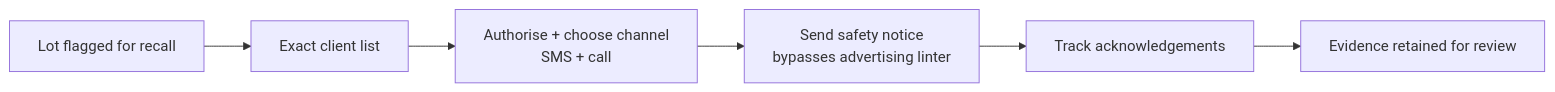
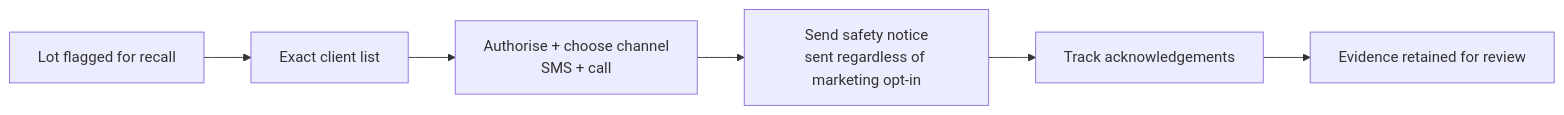
One commit to danpowell88/tlapoc changed the second of 4 diagrams in docs/overviews/07-governance-compliance.md. Above: the diagram before and after it, drawn with Mermaid. The commit also changed 11 other files, not shown here.

First line of the commit message:
docs: remove advertising linter & ad-production tooling from scope

````diff
--- a/docs/overviews/07-governance-compliance.md
+++ b/docs/overviews/07-governance-compliance.md
@@ -41,8 +41,8 @@
 ```mermaid
 flowchart LR
   A[Lot flagged for recall] --> B[Exact client list]
   B --> C[Authorise + choose channel<br/>SMS + call]
-  C --> D[Send safety notice<br/>bypasses advertising linter]
+  C --> D[Send safety notice<br/>sent regardless of marketing opt-in]
   D --> E[Track acknowledgements]
   E --> F[Evidence retained for review]
 ```
````
